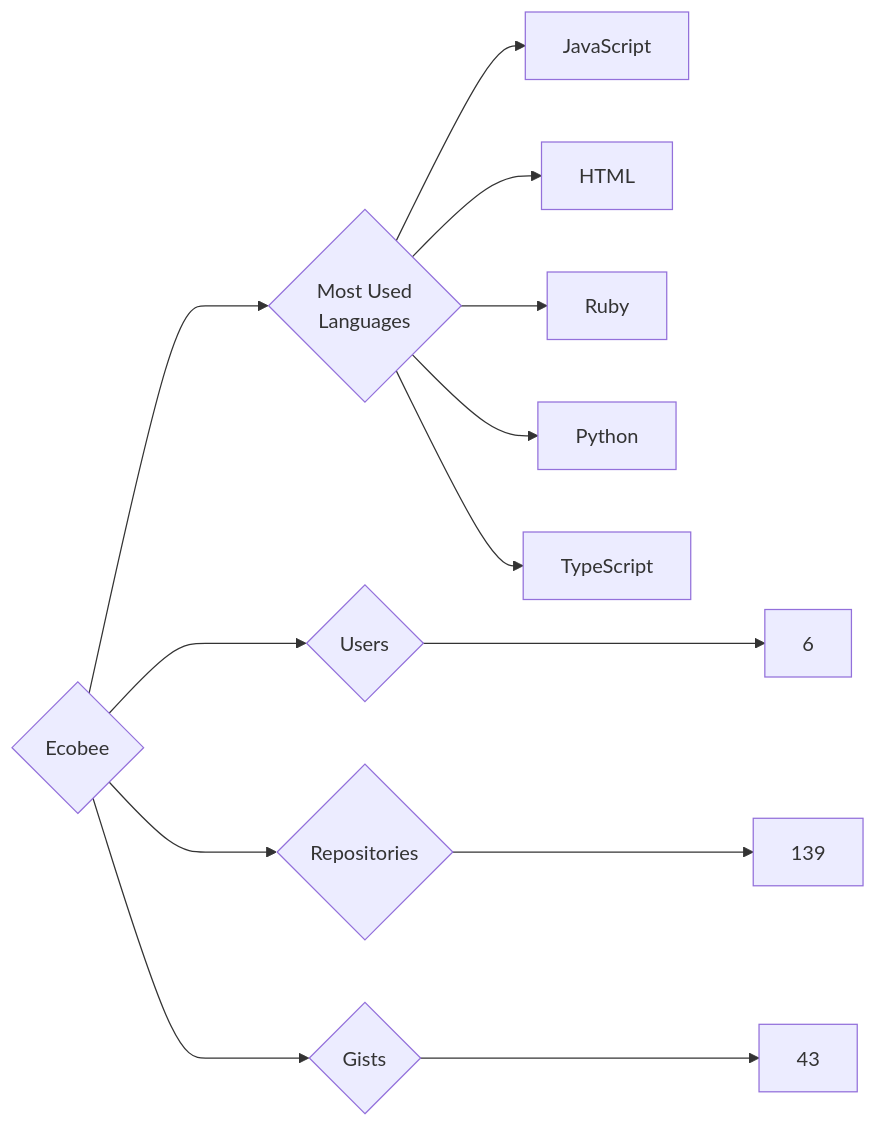
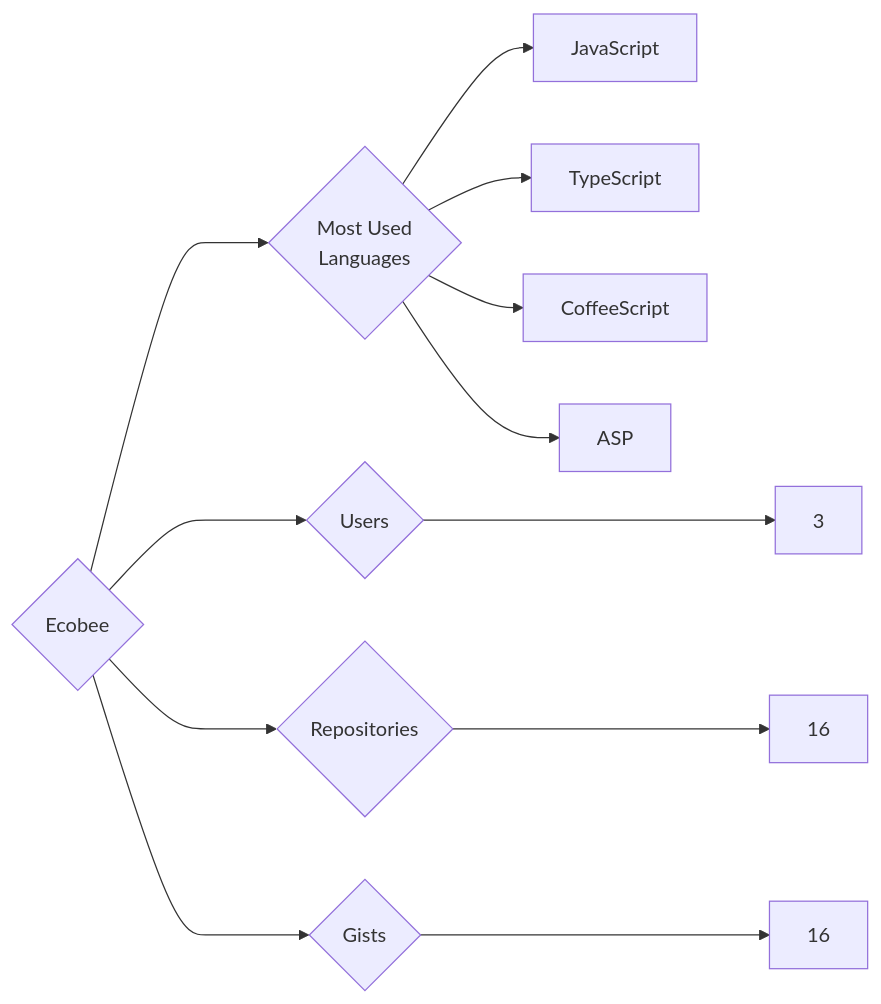
Before and after one commit to trickest/insiders: the diagram in targets/Ecobee/README.md, drawn with Mermaid. The commit also changed 934 other files, not shown here.

````diff
--- a/targets/Ecobee/README.md
+++ b/targets/Ecobee/README.md
@@ -3,13 +3,12 @@
 ```mermaid
 graph LR
 COMPANY_NAME{Ecobee}
-COMPANY_NAME ---> U{Users} ---> UN[6]
-COMPANY_NAME ---> R{Repositories} ---> RN[139]
-COMPANY_NAME ---> G{Gists} ---> GN[43]
+COMPANY_NAME ---> U{Users} ---> UN[3]
+COMPANY_NAME ---> R{Repositories} ---> RN[16]
+COMPANY_NAME ---> G{Gists} ---> GN[16]
 COMPANY_NAME ---> ML{Most Used<br>Languages}
 ML --> JavaScript[JavaScript]
-ML --> HTML[HTML]
-ML --> Ruby[Ruby]
-ML --> Python[Python]
 ML --> TypeScript[TypeScript]
+ML --> CoffeeScript[CoffeeScript]
+ML --> ASP[ASP]
 ```
````
